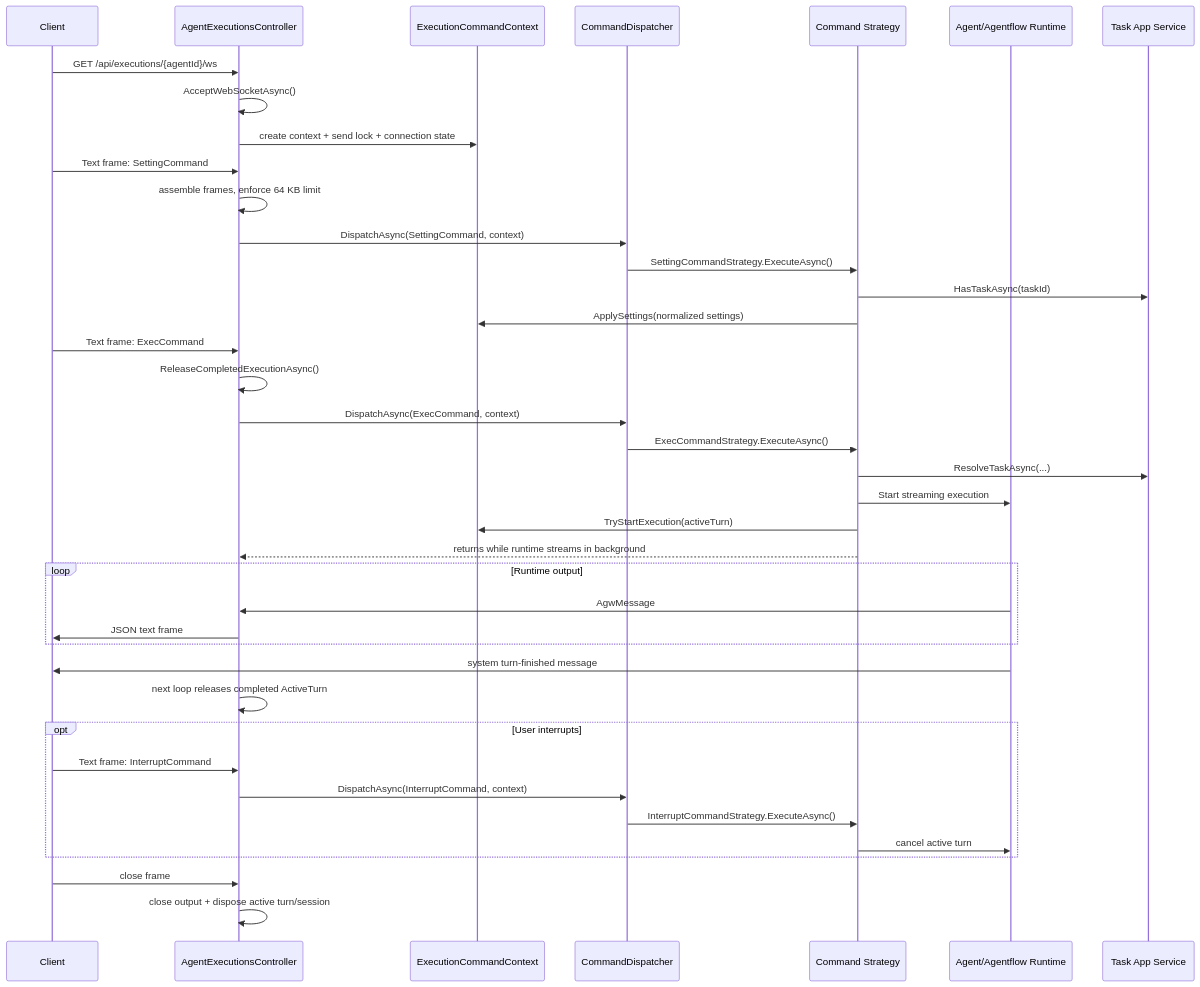
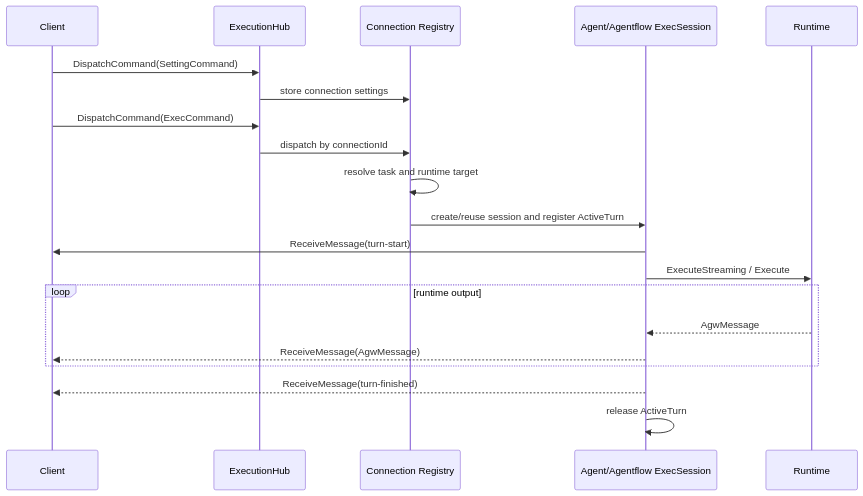
One commit to zxyao145/agw changed the diagram in docs/ws-flow.md. Above: the diagram before and after it, drawn with Mermaid. The commit also changed other lines of this file and 53 other files, not shown here.

````diff
--- a/docs/ws-flow.md
+++ b/docs/ws-flow.md
@@ -185,48 +26,23 @@
 ```mermaid
 sequenceDiagram
     participant Client
-    participant Controller as AgentExecutionsController
-    participant Context as ExecutionCommandContext
-    participant Dispatcher as CommandDispatcher
-    participant Strategy as Command Strategy
-    participant Runtime as Agent/Agentflow Runtime
-    participant Tasks as Task App Service
+    participant Hub as ExecutionHub
+    participant Registry as Connection Registry
+    participant Session as Agent/Agentflow ExecSession
+    participant Runtime
 
-    Client->>Controller: GET /api/executions/{agentId}/ws
-    Controller->>Controller: AcceptWebSocketAsync()
-    Controller->>Context: create context + send lock + connection state
-
-    Client->>Controller: Text frame: SettingCommand
-    Controller->>Controller: assemble frames, enforce 64 KB limit
-    Controller->>Dispatcher: DispatchAsync(SettingCommand, context)
-    Dispatcher->>Strategy: SettingCommandStrategy.ExecuteAsync()
-    Strategy->>Tasks: HasTaskAsync(taskId)
-    Strategy->>Context: ApplySettings(normalized settings)
-
-    Client->>Controller: Text frame: ExecCommand
-    Controller->>Controller: ReleaseCompletedExecutionAsync()
-    Controller->>Dispatcher: DispatchAsync(ExecCommand, context)
-    Dispatcher->>Strategy: ExecCommandStrategy.ExecuteAsync()
-    Strategy->>Tasks: ResolveTaskAsync(...)
-    Strategy->>Runtime: Start streaming execution
-    Strategy->>Context: TryStartExecution(activeTurn)
-    Strategy-->>Controller: returns while runtime streams in background
-
-    loop Runtime output
-        Runtime->>Controller: AgwMessage
-        Controller->>Client: JSON text frame
+    Client->>Hub: DispatchCommand(SettingCommand)
+    Hub->>Registry: store connection settings
+    Client->>Hub: DispatchCommand(ExecCommand)
+    Hub->>Registry: dispatch by connectionId
+    Registry->>Registry: resolve task and runtime target
+    Registry->>Session: create/reuse session and register ActiveTurn
+    Session->>Client: ReceiveMessage(turn-start)
+    Session->>Runtime: ExecuteStreaming / Execute
+    loop runtime output
+        Runtime-->>Session: AgwMessage
+        Session-->>Client: ReceiveMessage(AgwMessage)
     end
-
-    Runtime->>Client: system turn-finished message
-    Controller->>Controller: next loop releases completed ActiveTurn
-
-    opt User interrupts
-        Client->>Controller: Text frame: InterruptCommand
-        Controller->>Dispatcher: DispatchAsync(InterruptCommand, context)
-        Dispatcher->>Strategy: InterruptCommandStrategy.ExecuteAsync()
-        Strategy->>Runtime: cancel active turn
-    end
-
-    Client->>Controller: close frame
-    Controller->>Controller: close output + dispose active turn/session
+    Session-->>Client: ReceiveMessage(turn-finished)
+    Session->>Session: release ActiveTurn
 ```
````
